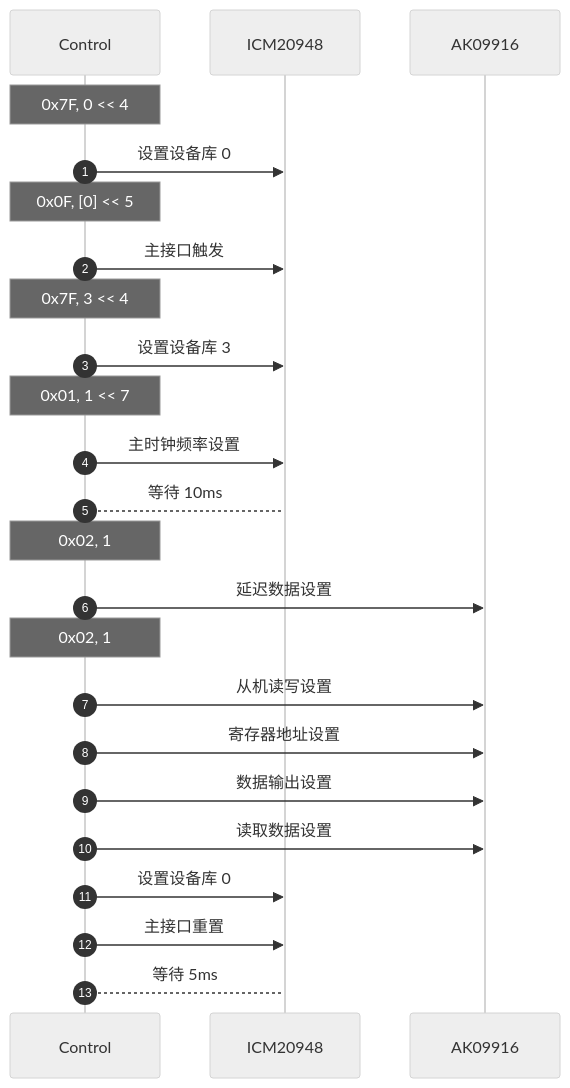
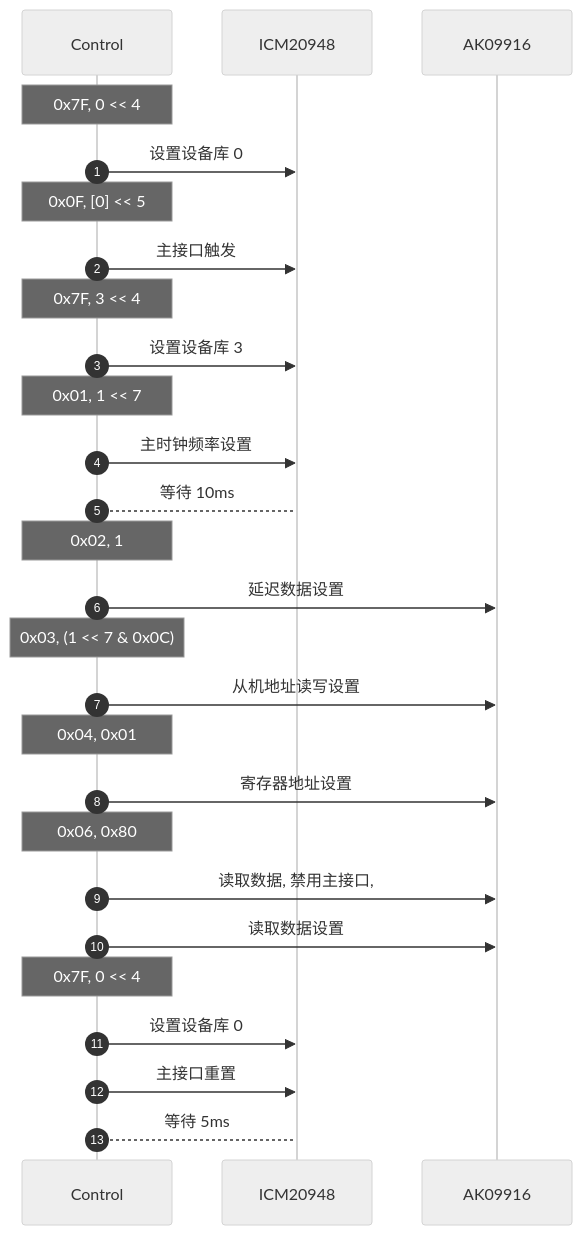
One commit to hkdickyko/hkdickyko.github.io changed the fourth of 4 diagrams in _posts/2025-04-06-mdchart.md. Above: the diagram before and after it, drawn with Mermaid (neutral theme). The commit also changed other lines of this file, not shown here.

```diff
--- a/_posts/2025-04-06-mdchart.md
+++ b/_posts/2025-04-06-mdchart.md
@@ -191,27 +193,30 @@
 <div class="mermaid">
 sequenceDiagram;
    autonumber;
    participant C as Control;
    participant I as ICM20948;
    participant A as AK09916;
    note over C: 0x7F, 0 << 4;
    C->>I: 设置设备库 0;
    note over C: 0x0F, [0] << 5
    C->>I: 主接口触发;
    note over C: 0x7F, 3 << 4;
    C->>I: 设置设备库 3;
    note over C: 0x01, 1 << 7;
    C->>I: 主时钟频率设置;
    C-->I: 等待 10ms;
    note over C: 0x02, 1;
    C->>A: 延迟数据设置;
-   note over C: 0x02, 1;
-   C->>A: 从机读写设置;
+   note over C: 0x03, (1 << 7 & 0x0C);
+   C->>A: 从机地址读写设置;
+   note over C: 0x04, 0x01;
    C->>A: 寄存器地址设置;
-   C->>A: 数据输出设置;
+   note over C: 0x06, 0x80;
+   C->>A: 读取数据, 禁用主接口, ;
    C->>A: 读取数据设置;
+   note over C: 0x7F, 0 << 4;
    C->>I: 设置设备库 0;
    C->>I: 主接口重置;
    C-->I: 等待 5ms;
 
 </div>   
```
